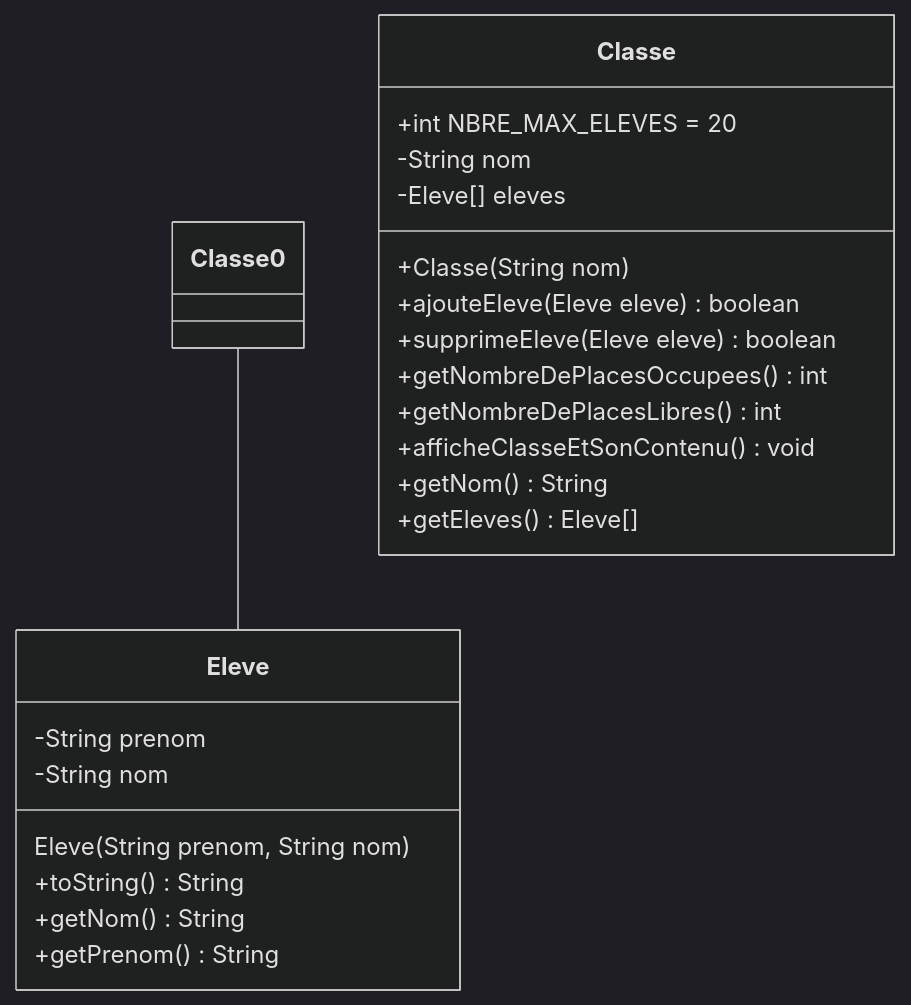
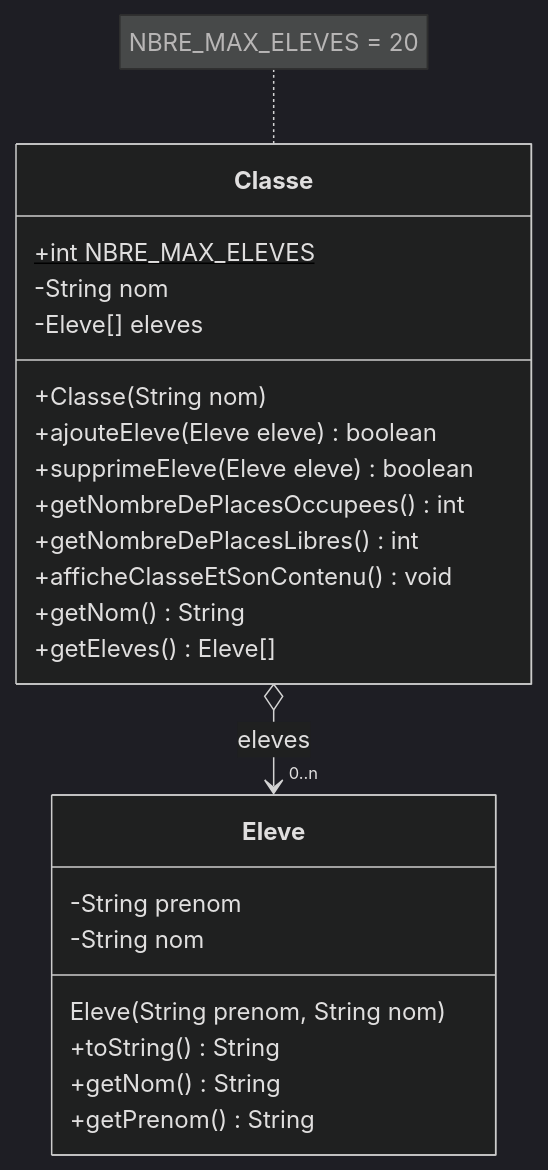
One commit to emf-info-d400/Ex02-Eleves changed the third of 3 diagrams in README.md. Above: the diagram before and after it, drawn with Mermaid (dark theme). The commit also changed other lines of this file, not shown here.

Commit message:
Changement consigne

````diff
--- a/README.md
+++ b/README.md
@@ -57,25 +57,26 @@
 ```mermaid
 classDiagram
-Classe 0-- Eleve
 class Classe {
-    +int NBRE_MAX_ELEVES = 20
+    +int NBRE_MAX_ELEVES$
     -String nom
     -Eleve[] eleves
     +Classe(String nom)
     +ajouteEleve(Eleve eleve) boolean
     +supprimeEleve(Eleve eleve) boolean
     +getNombreDePlacesOccupees() int
     +getNombreDePlacesLibres() int
     +afficheClasseEtSonContenu() void
     +getNom() String
     +getEleves() Eleve[]
 }
 class Eleve {
     -String prenom
     -String nom
     Eleve(String prenom, String nom)
     +toString() String
     +getNom() String
     +getPrenom() String
 }
+note for Classe "NBRE_MAX_ELEVES = 20"
+Classe o--> "0..n" Eleve : eleves
 ```
````
